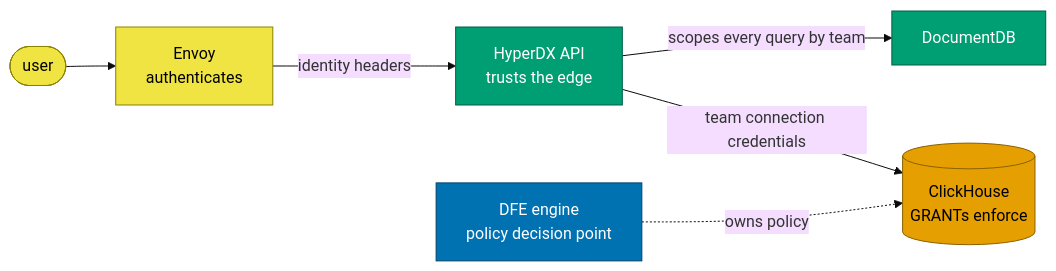
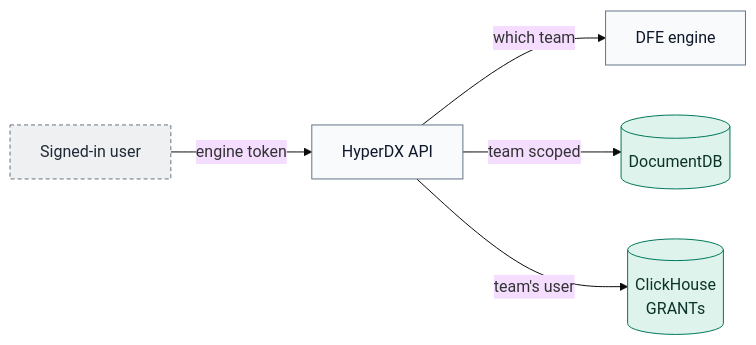
Before and after one commit to hyperi-io/dfe-hyperdx: the diagram in docs/architecture/authorization.md, drawn with Mermaid (base theme). The commit also changed other lines of this file and 24 other files, not shown here.

First line of the commit message:
docs(hyperdx): fix claims and redraw the fork docs diagrams

````diff
--- a/docs/architecture/authorization.md
+++ b/docs/architecture/authorization.md
@@ -13,17 +15,22 @@
 ```mermaid
 flowchart LR
-    user(["user"]) --> envoy["Envoy<br/>authenticates"]
-    envoy -->|identity headers| api["HyperDX API<br/>trusts the edge"]
-    api -->|scopes every query by team| mongo["DocumentDB"]
-    api -->|team connection credentials| ch[(ClickHouse<br/>GRANTs enforce)]
-    engine["DFE engine<br/>policy decision point"] -.->|owns policy| ch
+    accTitle: L4 Detail -- Authorization layers
+    accDescr: A signed-in request reaches the HyperDX API. The API asks the DFE engine which team the session is on, scopes every DocumentDB query by that team, and queries ClickHouse as the team's own ClickHouse user, whose GRANTs decide what it reads.
 
-    classDef edge fill:#F0E442,stroke:#8a8200,color:#000000
-    classDef app fill:#009E73,stroke:#005f45,color:#ffffff
-    classDef ours fill:#0072B2,stroke:#00456b,color:#ffffff
-    classDef store fill:#E69F00,stroke:#8a6100,color:#000000
-    class envoy,user edge
-    class api,mongo app
-    class engine ours
-    class ch store
+    user["Signed-in user"]
+    api["HyperDX API"]
+    engine["DFE engine"]
+    docdb[("DocumentDB")]
+    ch[("ClickHouse<br/>GRANTs")]
+
+    user -->|engine token| api
+    api -->|which team| engine
+    api -->|team scoped| docdb
+    api -->|team's user| ch
+
+    classDef default fill:#F8FAFC,stroke:#64748B,stroke-width:1px,color:#0F172A
+    classDef store fill:#DDF3EC,stroke:#00785A,stroke-width:1px,color:#0B3327
+    classDef ext fill:#EEF0F2,stroke:#6B7280,stroke-width:1px,stroke-dasharray:4 3,color:#1F2937
+    class user ext
+    class docdb,ch store
 ```
````
